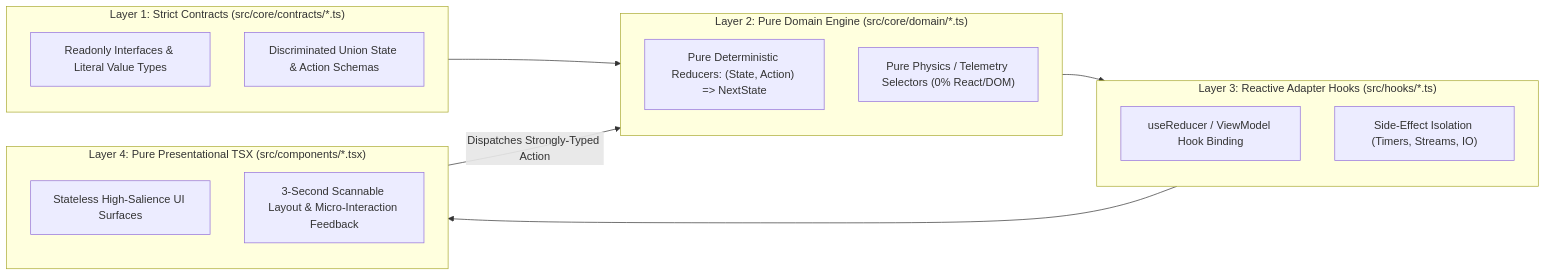
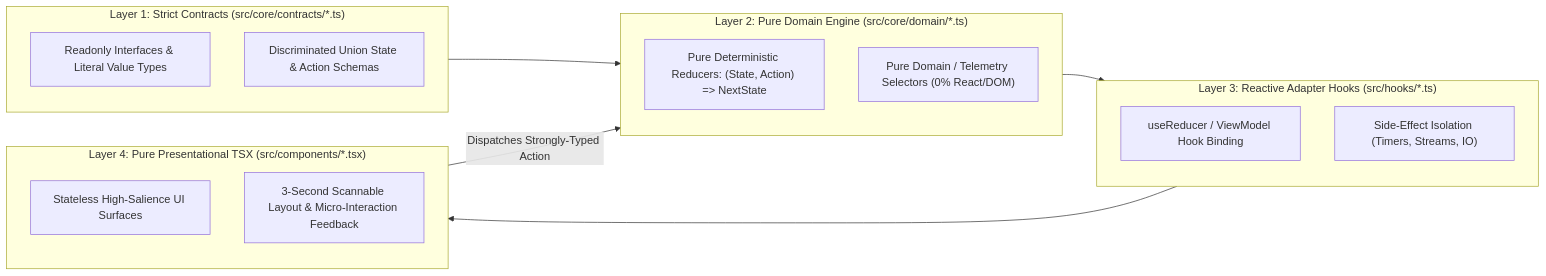
The diagram in .agents/rules/IMPERIAL_ENGINEERING_TSX_STANDARD.md (jinseobhong/eterna-luminas), drawn with Mermaid before and after one commit. The commit also changed other lines of this file and 18 other files, not shown here.

````diff
--- a/.agents/rules/IMPERIAL_ENGINEERING_TSX_STANDARD.md
+++ b/.agents/rules/IMPERIAL_ENGINEERING_TSX_STANDARD.md
@@ -27,25 +27,25 @@
 ```mermaid
 flowchart LR
     subgraph L1["Layer 1: Strict Contracts (src/core/contracts/*.ts)"]
         C1["Readonly Interfaces & Literal Value Types"]
         C2["Discriminated Union State & Action Schemas"]
     end
 
     subgraph L2["Layer 2: Pure Domain Engine (src/core/domain/*.ts)"]
         D1["Pure Deterministic Reducers: (State, Action) => NextState"]
-        D2["Pure Physics / Telemetry Selectors (0% React/DOM)"]
+        D2["Pure Domain / Telemetry Selectors (0% React/DOM)"]
     end
 
     subgraph L3["Layer 3: Reactive Adapter Hooks (src/hooks/*.ts)"]
         H1["useReducer / ViewModel Hook Binding"]
         H2["Side-Effect Isolation (Timers, Streams, IO)"]
     end
 
     subgraph L4["Layer 4: Pure Presentational TSX (src/components/*.tsx)"]
         U1["Stateless High-Salience UI Surfaces"]
         U2["3-Second Scannable Layout & Micro-Interaction Feedback"]
     end
 
     L1 --> L2 --> L3 --> L4
     L4 -- "Dispatches Strongly-Typed Action" --> L2
 ```
````
